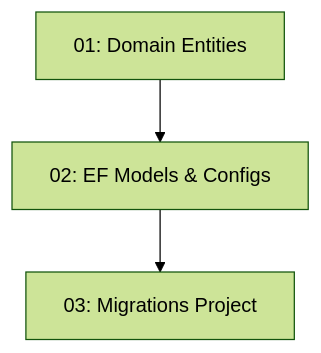
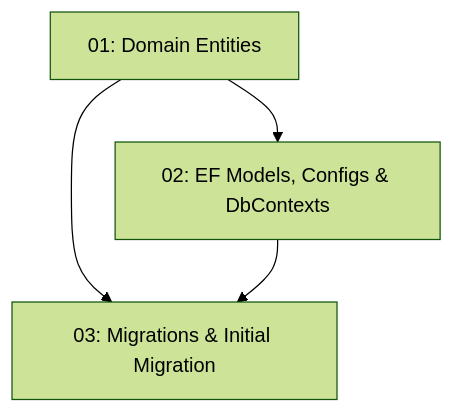
The diagram in .docs/features/story-003-database-schema-ef-core-migrations/README.md (limitzero/tablenow), drawn with Mermaid (forest theme) before and after one commit. The commit also changed other lines of this file and 184 other files, not shown here.

````diff
--- a/.docs/features/story-003-database-schema-ef-core-migrations/README.md
+++ b/.docs/features/story-003-database-schema-ef-core-migrations/README.md
@@ -14,8 +15,9 @@
 ```mermaid
 graph TD
-    task-01["01: Domain Entities"]
-    task-02["02: EF Models & Configs"]
-    task-03["03: Migrations Project"]
-    task-01 --> task-02
-    task-02 --> task-03
+    task-01-domain-entities["01: Domain Entities"]
+    task-02-ef-models-configs["02: EF Models, Configs & DbContexts"]
+    task-03-migrations-project["03: Migrations & Initial Migration"]
+    task-01-domain-entities --> task-02-ef-models-configs
+    task-01-domain-entities --> task-03-migrations-project
+    task-02-ef-models-configs --> task-03-migrations-project
 ```
````
